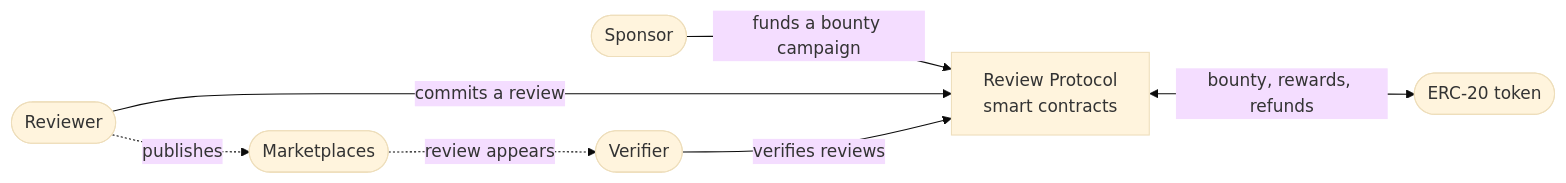
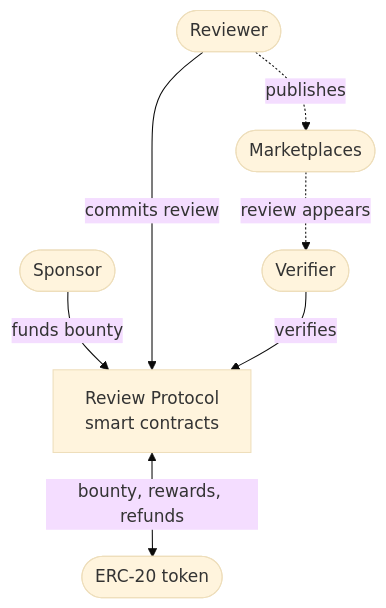
Before and after one commit to ws4charlie/review-contracts: the first of 3 diagrams in README.md, drawn with Mermaid (base theme). The commit also changed other lines of this file, not shown here.

Commit message:
docs: vertical layout for architecture diagrams

````diff
--- a/README.md
+++ b/README.md
@@ -17,10 +17,10 @@
 ```mermaid
-flowchart LR
-    Sponsor([Sponsor]) -->|funds a bounty campaign| Hub
-    Reviewer([Reviewer]) -->|commits a review| Hub
-    Verifier([Verifier]) -->|verifies reviews| Hub
+flowchart TB
+    Sponsor([Sponsor]) -->|funds bounty| Hub
+    Reviewer([Reviewer]) -->|commits review| Hub
+    Verifier([Verifier]) -->|verifies| Hub
     Hub[Review Protocol<br/>smart contracts]
     Hub <-->|bounty, rewards, refunds| Token([ERC-20 token])
     Reviewer -.->|publishes| Mkt([Marketplaces])
     Mkt -.->|review appears| Verifier
 ```
````
